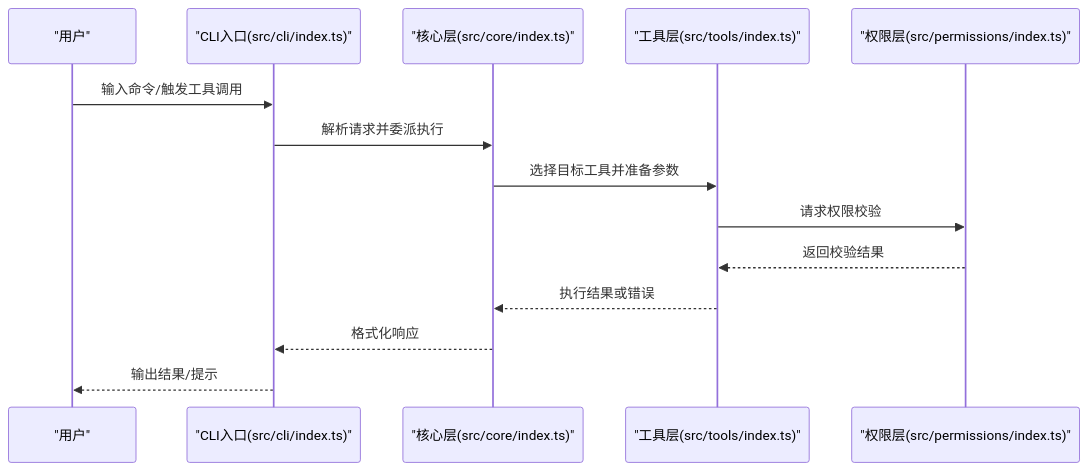
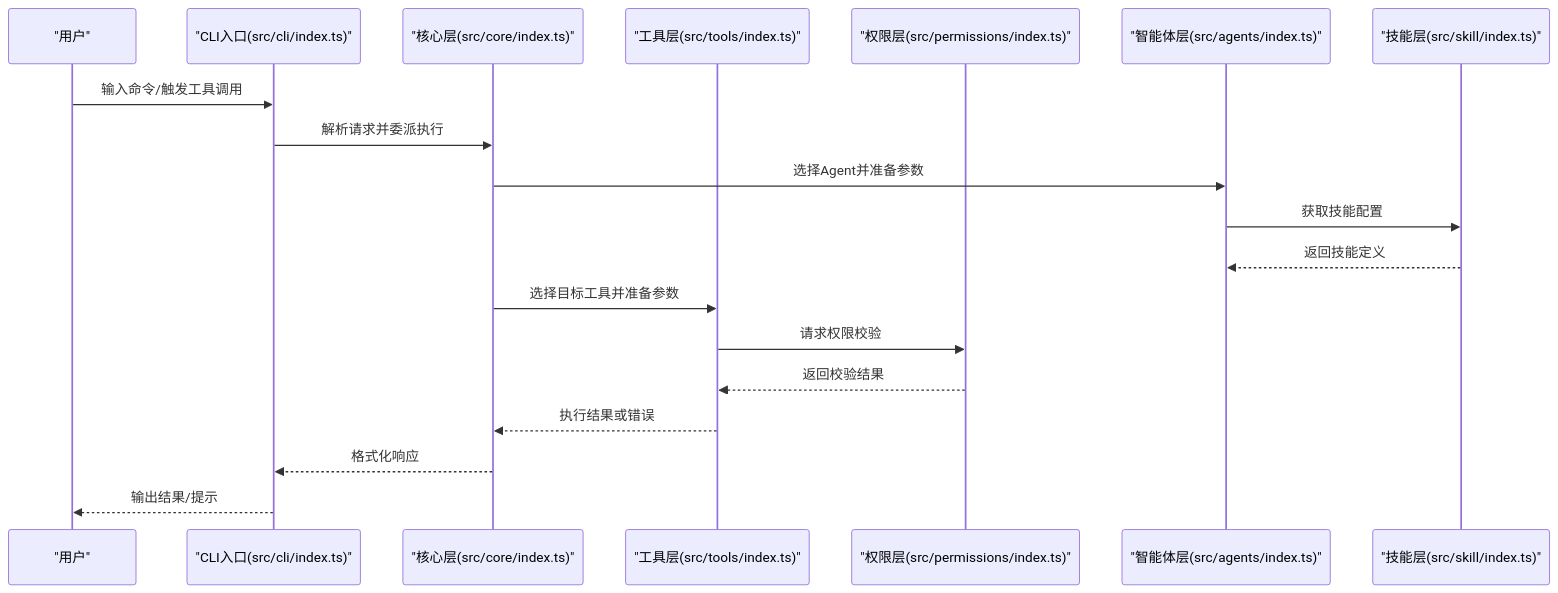
One commit to SSZero-670/easy-agent-cli changed the second of 7 diagrams in .qoder/repowiki/zh/content/API参考/工具模块API.md. Above: the diagram before and after it, drawn with Mermaid. The commit also changed other lines of this file and 9 other files, not shown here.

````diff
--- a/.qoder/repowiki/zh/content/API参考/工具模块API.md
+++ b/.qoder/repowiki/zh/content/API参考/工具模块API.md
@@ -103,16 +133,21 @@
 ```mermaid
 sequenceDiagram
 participant User as "用户"
 participant CLI as "CLI入口(src/cli/index.ts)"
 participant Core as "核心层(src/core/index.ts)"
 participant Tools as "工具层(src/tools/index.ts)"
 participant Perm as "权限层(src/permissions/index.ts)"
+participant Agents as "智能体层(src/agents/index.ts)"
+participant Skill as "技能层(src/skill/index.ts)"
 User->>CLI : 输入命令/触发工具调用
 CLI->>Core : 解析请求并委派执行
+Core->>Agents : 选择Agent并准备参数
+Agents->>Skill : 获取技能配置
+Skill-->>Agents : 返回技能定义
 Core->>Tools : 选择目标工具并准备参数
 Tools->>Perm : 请求权限校验
 Perm-->>Tools : 返回校验结果
 Tools-->>Core : 执行结果或错误
 Core-->>CLI : 格式化响应
 CLI-->>User : 输出结果/提示
 ```
````
